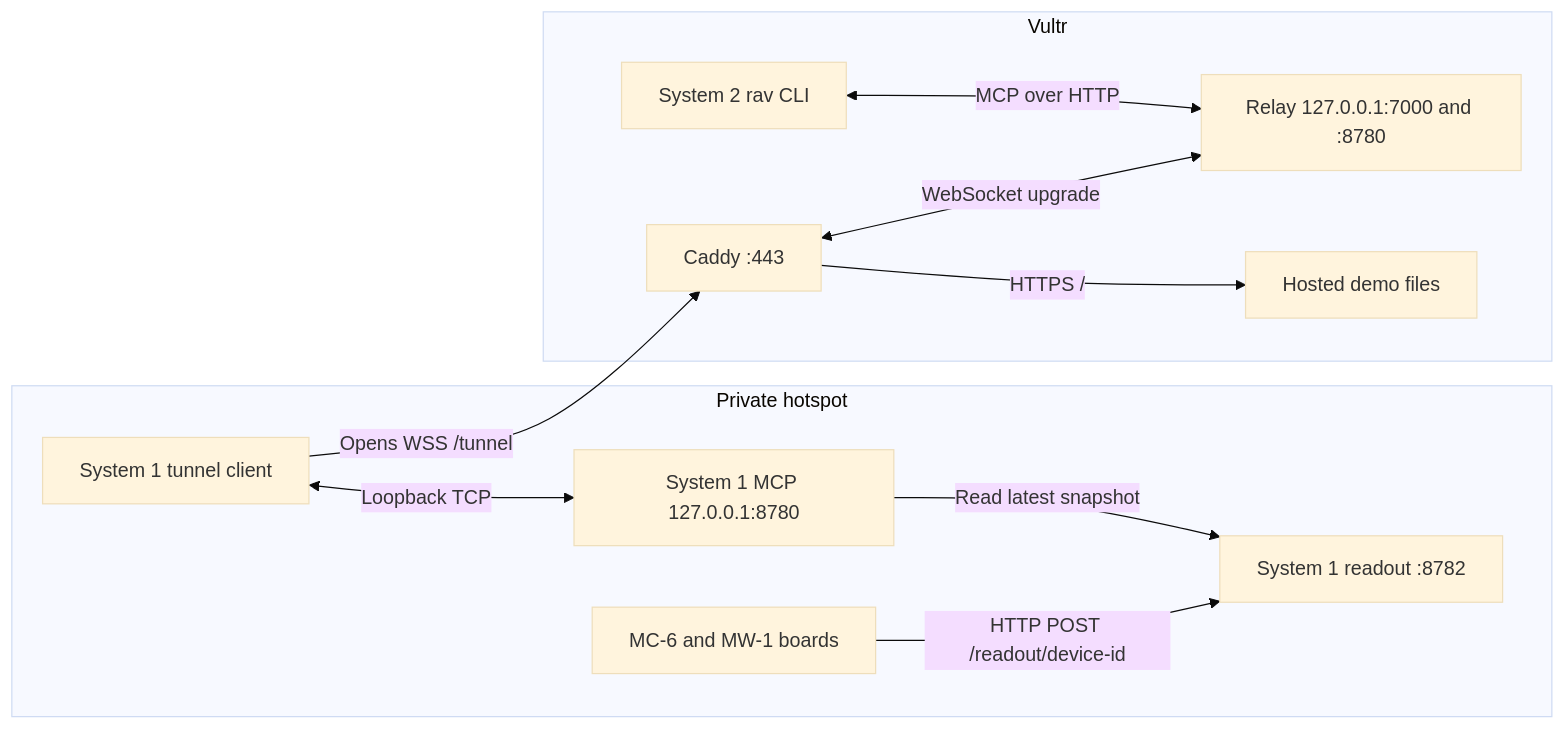
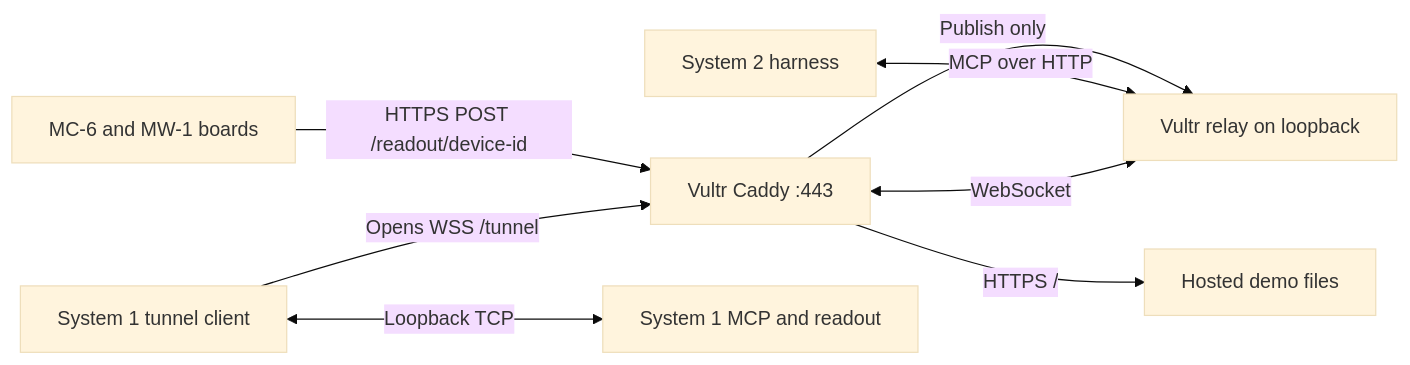
One commit to karthiksing05/robot-as-a-verifier changed the diagram in deploy/vultr/README.md. Above: the diagram before and after it, drawn with Mermaid (base theme). The commit also changed other lines of this file and 8 other files, not shown here.

Commit message:
Forward appliance HTTPS snapshots through the Vultr tunnel

````diff
--- a/deploy/vultr/README.md
+++ b/deploy/vultr/README.md
@@ -5,22 +5,10 @@
 ```mermaid
 flowchart LR
-    subgraph Bench["Private hotspot"]
-        Board["MC-6 and MW-1 boards"]
-        Readout["System 1 readout :8782"]
-        MCP["System 1 MCP 127.0.0.1:8780"]
-        Client["System 1 tunnel client"]
-        Board -->|"HTTP POST /readout/device-id"| Readout
-        MCP -->|"Read latest snapshot"| Readout
-        Client <-->|"Loopback TCP"| MCP
-    end
-    subgraph VPS["Vultr"]
-        Caddy["Caddy :443"]
-        Relay["Relay 127.0.0.1:7000 and :8780"]
-        Harness["System 2 rav CLI"]
-        Browser["Hosted demo files"]
-        Caddy <-->|"WebSocket upgrade"| Relay
-        Harness <-->|"MCP over HTTP"| Relay
-        Caddy -->|"HTTPS /"| Browser
-    end
-    Client -->|"Opens WSS /tunnel"| Caddy
+    Board["MC-6 and MW-1 boards"] -->|"HTTPS POST /readout/device-id"| Caddy["Vultr Caddy :443"]
+    Caddy -->|"Publish only"| Relay["Vultr relay on loopback"]
+    Harness["System 2 harness"] <-->|"MCP over HTTP"| Relay
+    Client["System 1 tunnel client"] -->|"Opens WSS /tunnel"| Caddy
+    Caddy <-->|"WebSocket"| Relay
+    Client <-->|"Loopback TCP"| Server["System 1 MCP and readout"]
+    Caddy -->|"HTTPS /"| Browser["Hosted demo files"]
 ```
````
